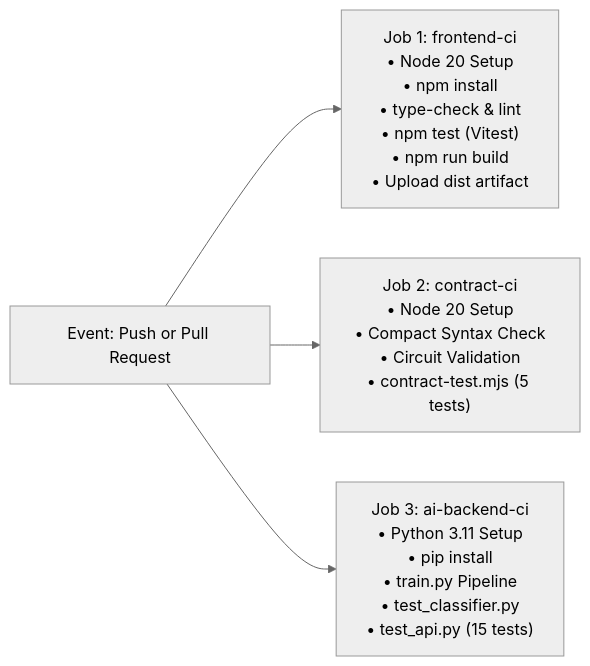
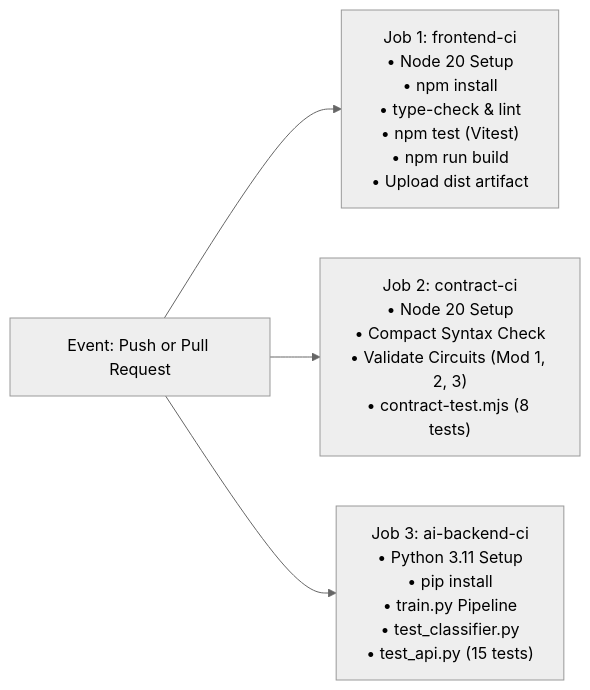
The second of 2 diagrams in README.md (gourish02/Anonymous-Crime-Reporting), drawn with Mermaid (neutral theme) before and after one commit. The commit also changed other lines of this file and 15 other files, not shown here.

Commit message:
feat(age-verification): Add Age Eligibility Verification module with Midnight ZK circuits, frontend page, reporting gate, tests, and documentation

````diff
--- a/README.md
+++ b/README.md
@@ -430,6 +470,6 @@
 ```mermaid
 flowchart LR
     PushOrPR["Event: Push or Pull Request"] --> J1["Job 1: frontend-ci\n• Node 20 Setup\n• npm install\n• type-check & lint\n• npm test (Vitest)\n• npm run build\n• Upload dist artifact"]
-    PushOrPR --> J2["Job 2: contract-ci\n• Node 20 Setup\n• Compact Syntax Check\n• Circuit Validation\n• contract-test.mjs (5 tests)"]
+    PushOrPR --> J2["Job 2: contract-ci\n• Node 20 Setup\n• Compact Syntax Check\n• Validate Circuits (Mod 1, 2, 3)\n• contract-test.mjs (8 tests)"]
     PushOrPR --> J3["Job 3: ai-backend-ci\n• Python 3.11 Setup\n• pip install\n• train.py Pipeline\n• test_classifier.py\n• test_api.py (15 tests)"]
 ```
````
